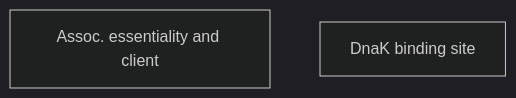
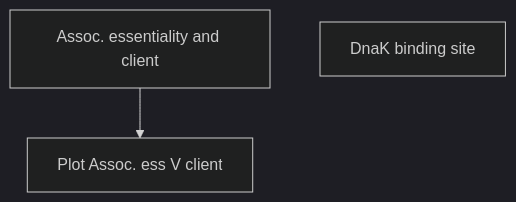
The diagram in Chaperone_Client_Associations/README.md (obrien-lab-psu/Failure-to-Form_Native_Entanglements), drawn with Mermaid (dark theme) before and after one commit. The commit also changed other lines of this file and 8 other files, not shown here.

````diff
--- a/Chaperone_Client_Associations/README.md
+++ b/Chaperone_Client_Associations/README.md
@@ -5,5 +5,6 @@
 ```mermaid
 graph TD
-    A[Assoc. essentiality and client]
+    A[Assoc. essentiality and client] --> C[Plot Assoc. ess V client]
     B[DnaK binding site]
+    click A "https://github.com/obrien-lab-psu/Failure-to-Form_Native_Entanglements/tree/main/Chaperone_Client_Associations#usage-of-assoc_client_n_essentialpy"
 ``` 
````
